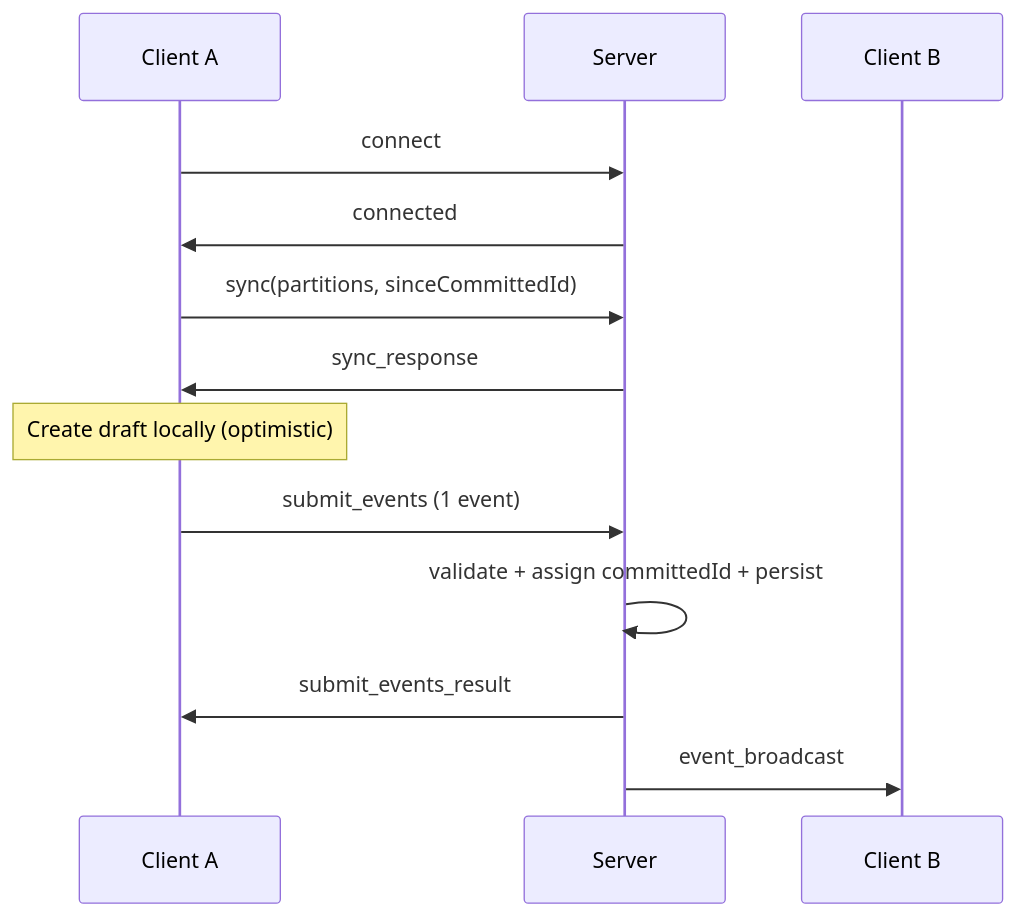
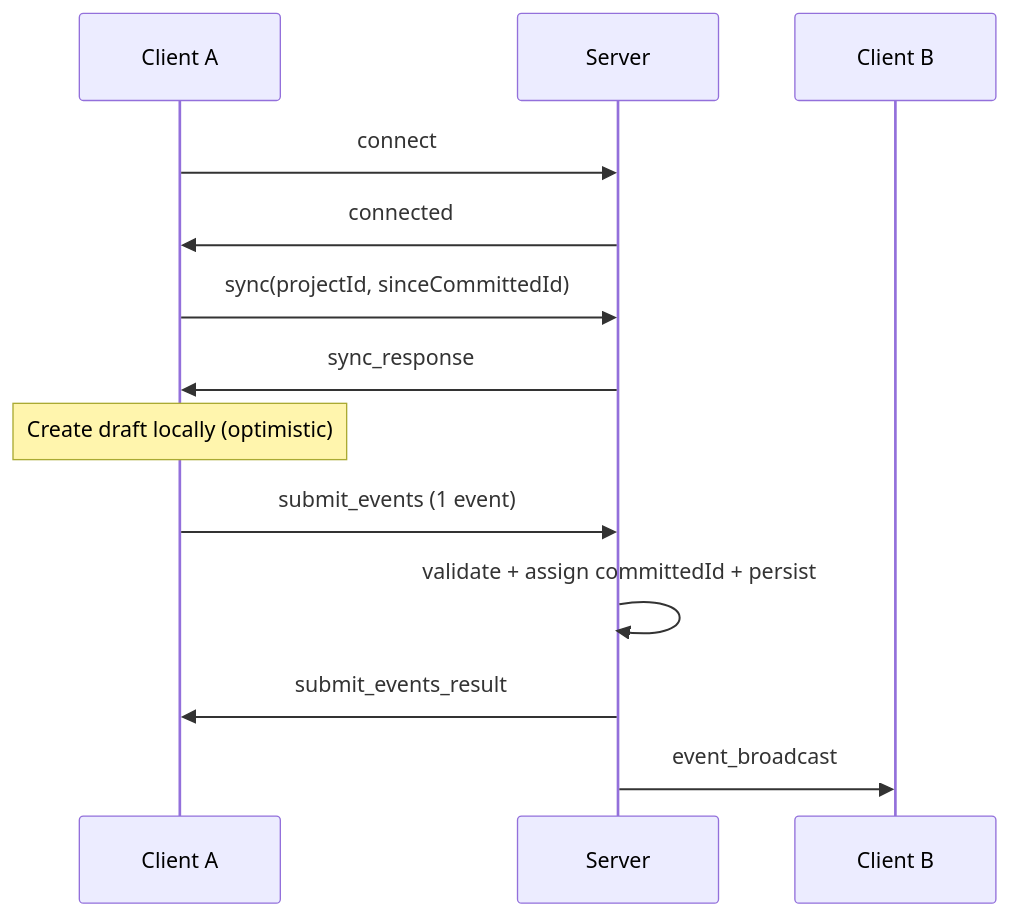
Before and after one commit to yuusoft-org/insieme: the diagram in docs/README.md, drawn with Mermaid. The commit also changed other lines of this file and 73 other files, not shown here.

First line of the commit message:
feat!: make sync project-scoped and events single-partition (#35)

````diff
--- a/docs/README.md
+++ b/docs/README.md
@@ -17,17 +18,17 @@
 ```mermaid
 sequenceDiagram
     participant C1 as Client A
     participant S as Server
     participant C2 as Client B
 
     C1->>S: connect
     S->>C1: connected
-    C1->>S: sync(partitions, sinceCommittedId)
+    C1->>S: sync(projectId, sinceCommittedId)
     S->>C1: sync_response
 
     Note over C1: Create draft locally (optimistic)
     C1->>S: submit_events (1 event)
     S->>S: validate + assign committedId + persist
     S->>C1: submit_events_result
     S->>C2: event_broadcast
 ```
````
